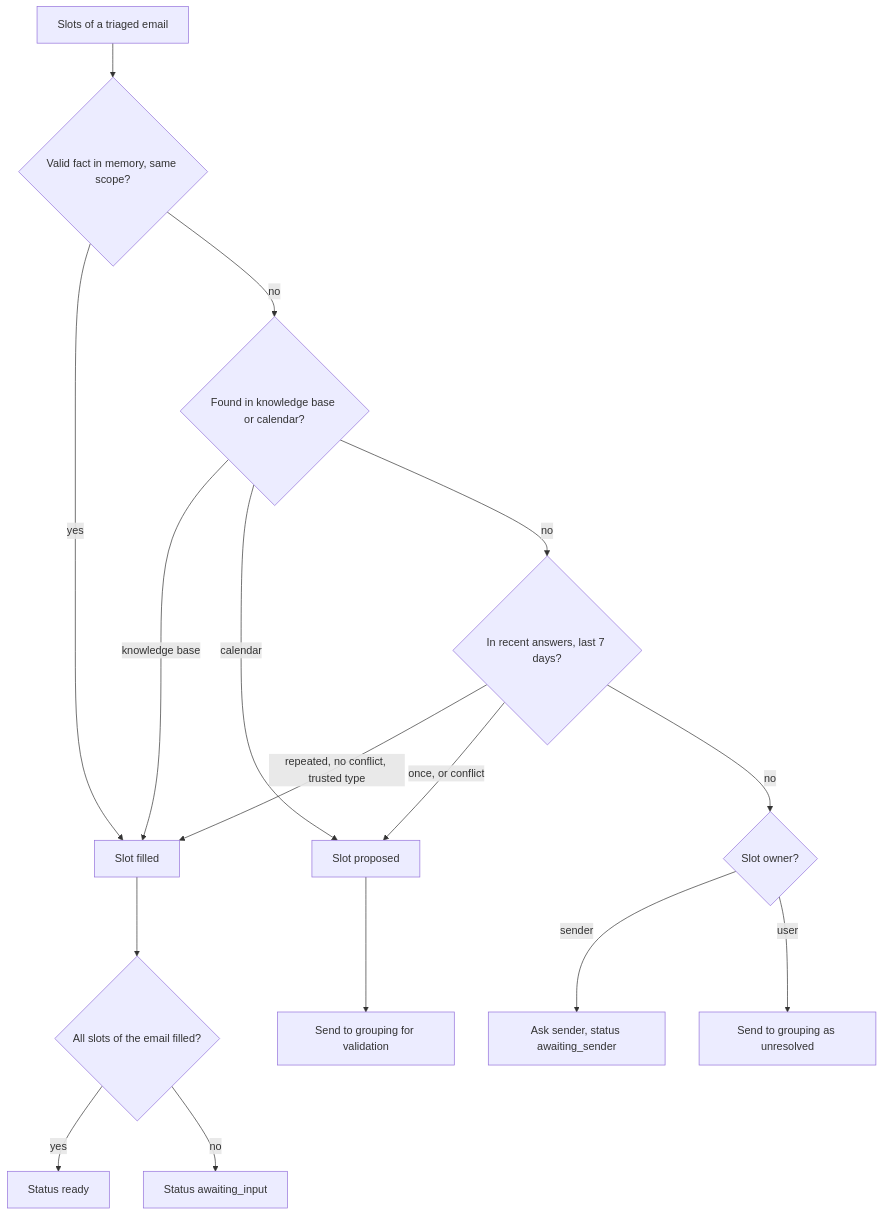
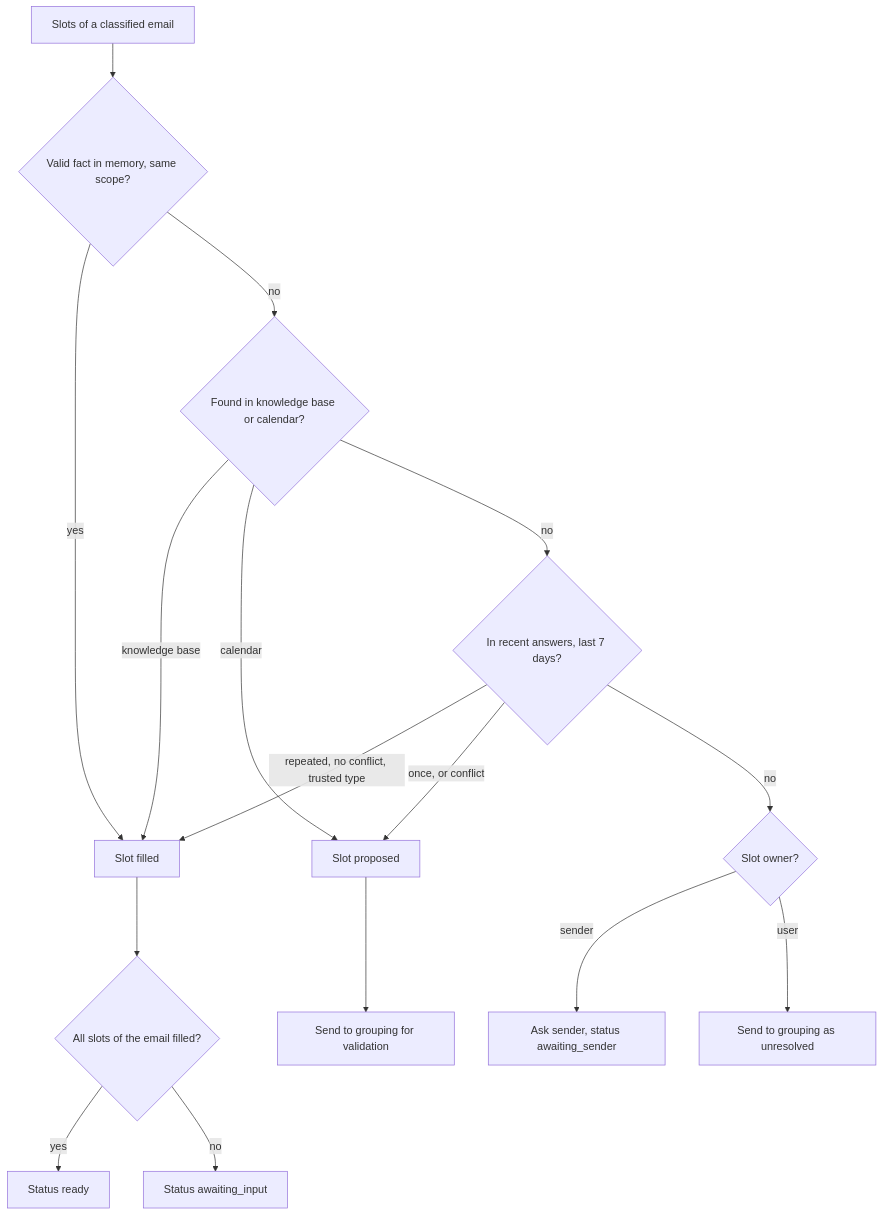
One commit to dhiasalah/email-response-agent changed the eighth of 12 diagrams in Email Response Agent — System Design.md. Above: the diagram before and after it, drawn with Mermaid. The commit also changed other lines of this file and 44 other files, not shown here.

````diff
--- a/Email Response Agent — System Design.md
+++ b/Email Response Agent — System Design.md
@@ -664,18 +664,18 @@
 ```mermaid
 flowchart TD
-    A[Slots of a triaged email] --> B{"Valid fact in memory, same scope?"}
+    A[Slots of a classified email] --> B{"Valid fact in memory, same scope?"}
     B -->|yes| F[Slot filled]
     B -->|no| C{"Found in knowledge base or calendar?"}
     C -->|knowledge base| F
     C -->|calendar| P[Slot proposed]
     C -->|no| D{"In recent answers, last 7 days?"}
     D -->|repeated, no conflict, trusted type| F
     D -->|once, or conflict| P
     D -->|no| E{Slot owner?}
     E -->|sender| S[Ask sender, status awaiting_sender]
     E -->|user| G[Send to grouping as unresolved]
     P --> G2[Send to grouping for validation]
     F --> Z{All slots of the email filled?}
     Z -->|yes| R[Status ready]
     Z -->|no| W[Status awaiting_input]
 ```
````
